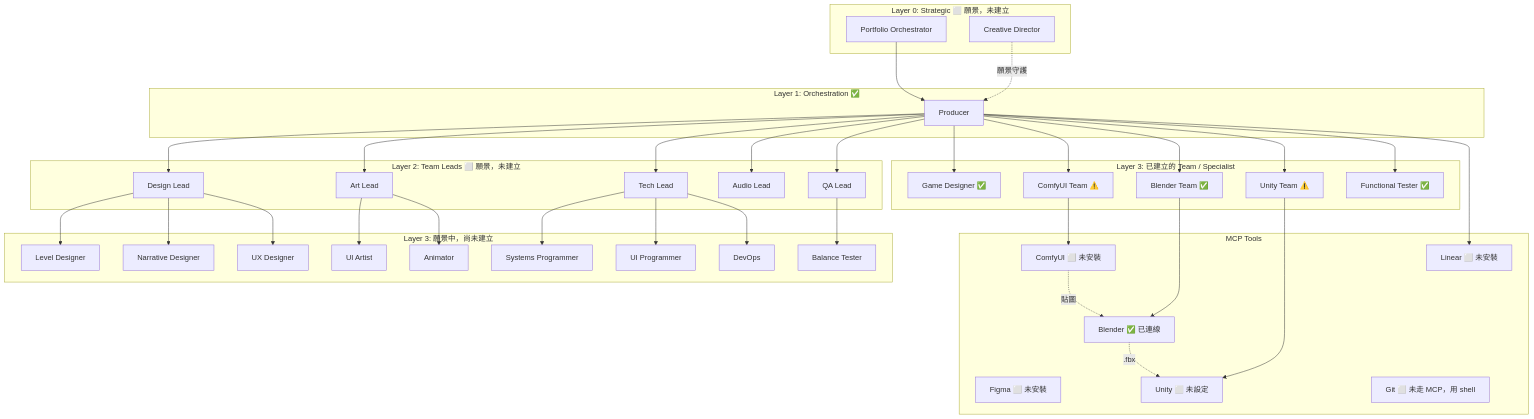
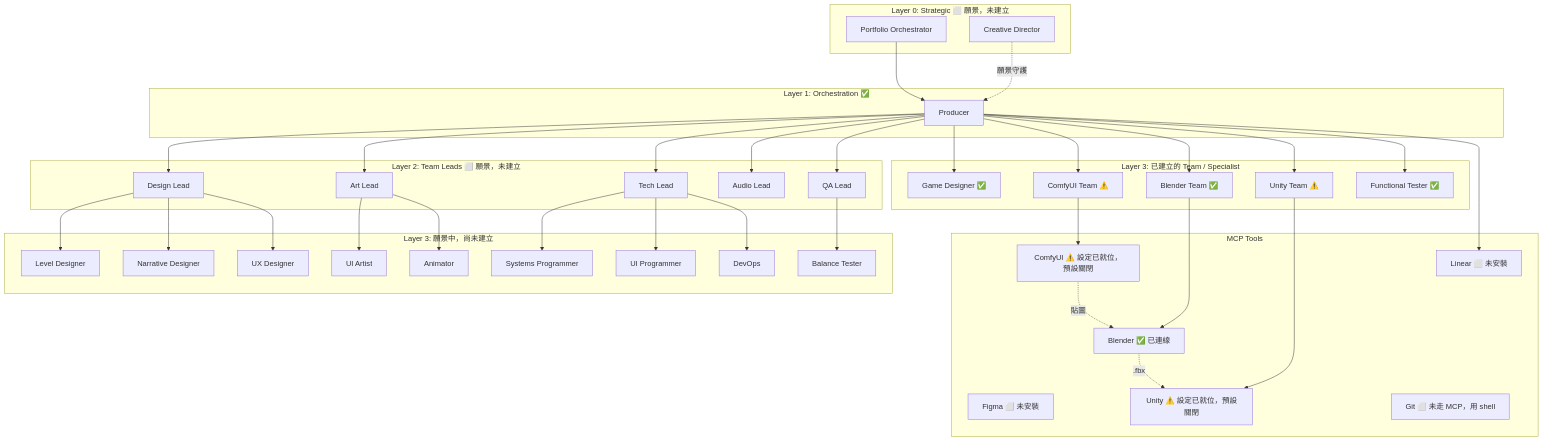
The first of 11 diagrams in README.md (hoycdanny/kiro-multi-agent-game-studio), drawn with Mermaid before and after one commit. The commit also changed other lines of this file and 4 other files, not shown here.

First line of the commit message:
feat: wire ComfyUI and Unity MCP integrations for comfyui-team and unity-team

````diff
--- a/README.md
+++ b/README.md
@@ -144,77 +146,77 @@
 ```mermaid
 graph TD
     subgraph "Layer 0: Strategic ⬜ 願景，未建立"
         PO[Portfolio Orchestrator]
         CD[Creative Director]
     end
 
     subgraph "Layer 1: Orchestration ✅"
         P[Producer]
     end
 
     subgraph "Layer 2: Team Leads ⬜ 願景，未建立"
         DL[Design Lead]
         AL[Art Lead]
         TL[Tech Lead]
         AuL[Audio Lead]
         QL[QA Lead]
     end
 
     subgraph "Layer 3: 已建立的 Team / Specialist"
         GD["Game Designer ✅"]
         CT["ComfyUI Team ⚠️"]
         BT2["Blender Team ✅"]
         UT["Unity Team ⚠️"]
         FT["Functional Tester ✅"]
     end
 
     subgraph "Layer 3: 願景中，尚未建立"
         LD[Level Designer]
         ND[Narrative Designer]
         UXD[UX Designer]
         UIA[UI Artist]
         AN[Animator]
         SP[Systems Programmer]
         UIP[UI Programmer]
         DO[DevOps]
         BAL[Balance Tester]
     end
 
     subgraph "MCP Tools"
-        ComfyUI["ComfyUI ⬜ 未安裝"]
+        ComfyUI["ComfyUI ⚠️ 設定已就位，預設關閉"]
         Blender["Blender ✅ 已連線"]
         Figma["Figma ⬜ 未安裝"]
-        Unity["Unity ⬜ 未設定"]
+        Unity["Unity ⚠️ 設定已就位，預設關閉"]
         Git["Git ⬜ 未走 MCP，用 shell"]
         Linear["Linear ⬜ 未安裝"]
     end
 
     PO --> P
     CD -.->|願景守護| P
     P --> DL
     P --> AL
     P --> TL
     P --> AuL
     P --> QL
     P --> GD
     P --> CT
     P --> BT2
     P --> UT
     P --> FT
     DL --> LD
     DL --> ND
     DL --> UXD
     AL --> UIA
     AL --> AN
     TL --> SP
     TL --> UIP
     TL --> DO
     QL --> BAL
     CT --> ComfyUI
     BT2 --> Blender
     UT --> Unity
     P --> Linear
 
     ComfyUI -.->|貼圖| Blender
     Blender -.->|.fbx| Unity
 ```
````
